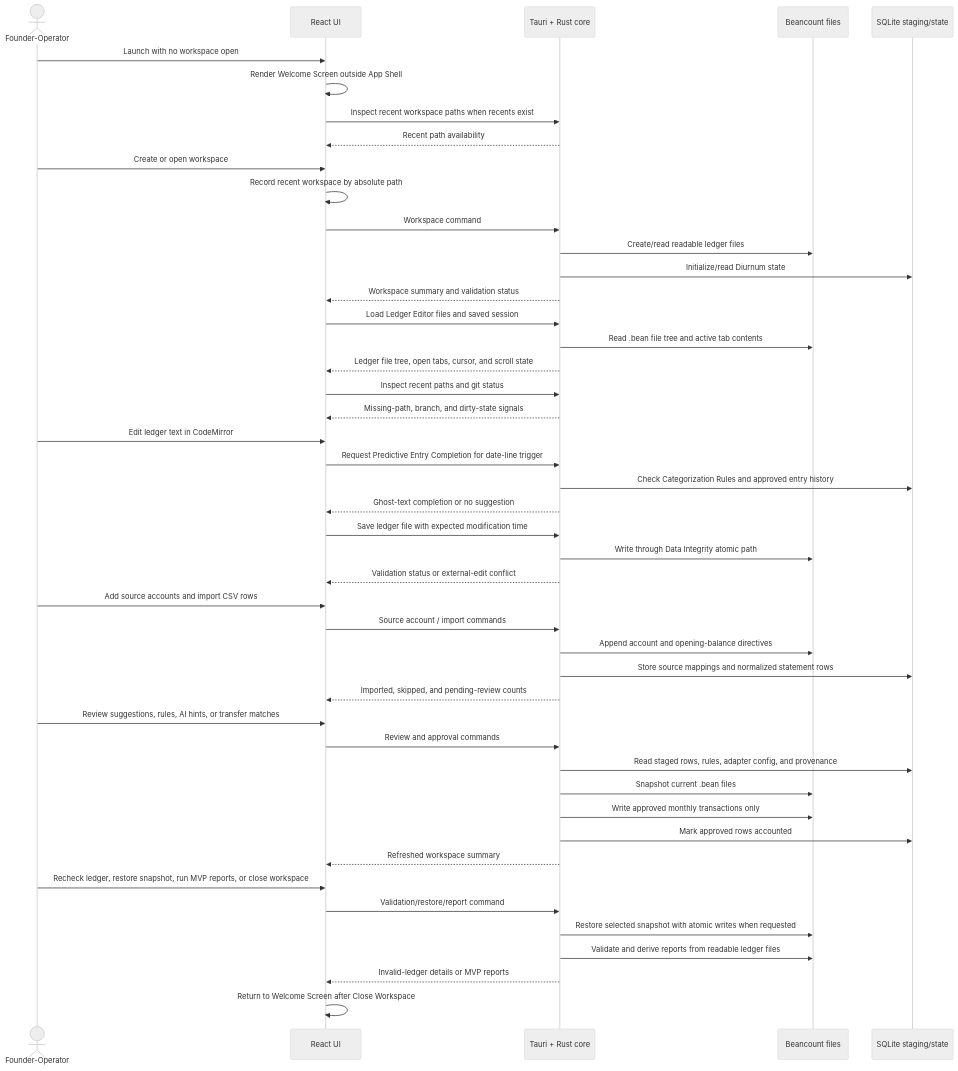
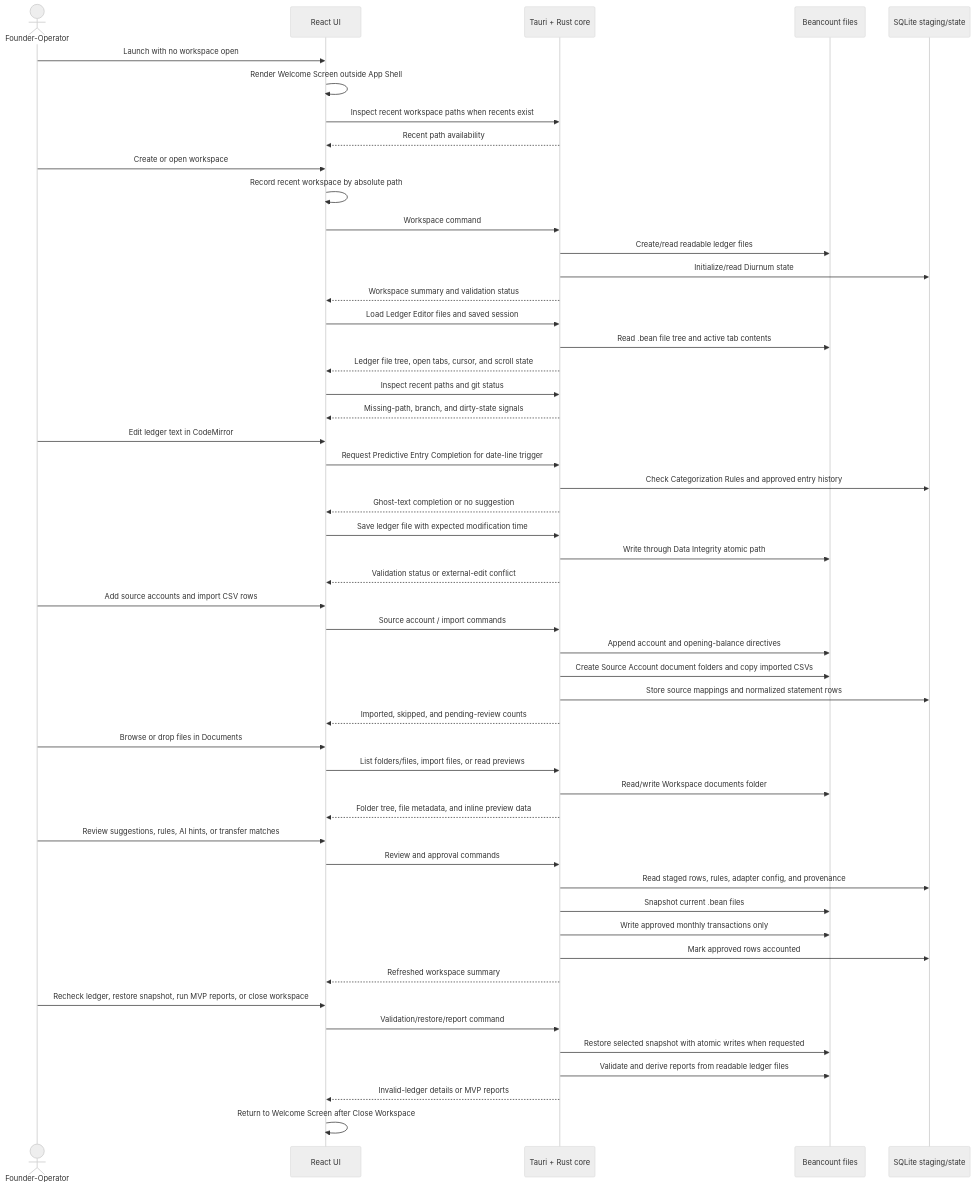
Before and after one commit to Diurnum-Dev/Diurnum: the second of 4 diagrams in docs/architecture.md, drawn with Mermaid (neutral theme). The commit also changed other lines of this file and 15 other files, not shown here.

````diff
--- a/docs/architecture.md
+++ b/docs/architecture.md
@@ -45,54 +45,60 @@
 ```mermaid
 sequenceDiagram
   actor User as Founder-Operator
   participant UI as React UI
   participant Core as Tauri + Rust core
   participant Ledger as Beancount files
   participant State as SQLite staging/state
 
   User->>UI: Launch with no workspace open
   UI->>UI: Render Welcome Screen outside App Shell
   UI->>Core: Inspect recent workspace paths when recents exist
   Core-->>UI: Recent path availability
 
   User->>UI: Create or open workspace
   UI->>UI: Record recent workspace by absolute path
   UI->>Core: Workspace command
   Core->>Ledger: Create/read readable ledger files
   Core->>State: Initialize/read Diurnum state
   Core-->>UI: Workspace summary and validation status
   UI->>Core: Load Ledger Editor files and saved session
   Core->>Ledger: Read .bean file tree and active tab contents
   Core-->>UI: Ledger file tree, open tabs, cursor, and scroll state
   UI->>Core: Inspect recent paths and git status
   Core-->>UI: Missing-path, branch, and dirty-state signals
 
   User->>UI: Edit ledger text in CodeMirror
   UI->>Core: Request Predictive Entry Completion for date-line trigger
   Core->>State: Check Categorization Rules and approved entry history
   Core-->>UI: Ghost-text completion or no suggestion
   UI->>Core: Save ledger file with expected modification time
   Core->>Ledger: Write through Data Integrity atomic path
   Core-->>UI: Validation status or external-edit conflict
 
   User->>UI: Add source accounts and import CSV rows
   UI->>Core: Source account / import commands
   Core->>Ledger: Append account and opening-balance directives
+  Core->>Ledger: Create Source Account document folders and copy imported CSVs
   Core->>State: Store source mappings and normalized statement rows
   Core-->>UI: Imported, skipped, and pending-review counts
+
+  User->>UI: Browse or drop files in Documents
+  UI->>Core: List folders/files, import files, or read previews
+  Core->>Ledger: Read/write Workspace documents folder
+  Core-->>UI: Folder tree, file metadata, and inline preview data
 
   User->>UI: Review suggestions, rules, AI hints, or transfer matches
   UI->>Core: Review and approval commands
   Core->>State: Read staged rows, rules, adapter config, and provenance
   Core->>Ledger: Snapshot current .bean files
   Core->>Ledger: Write approved monthly transactions only
   Core->>State: Mark approved rows accounted
   Core-->>UI: Refreshed workspace summary
 
   User->>UI: Recheck ledger, restore snapshot, run MVP reports, or close workspace
   UI->>Core: Validation/restore/report command
   Core->>Ledger: Restore selected snapshot with atomic writes when requested
   Core->>Ledger: Validate and derive reports from readable ledger files
   Core-->>UI: Invalid-ledger details or MVP reports
   UI->>UI: Return to Welcome Screen after Close Workspace
 ```
````
